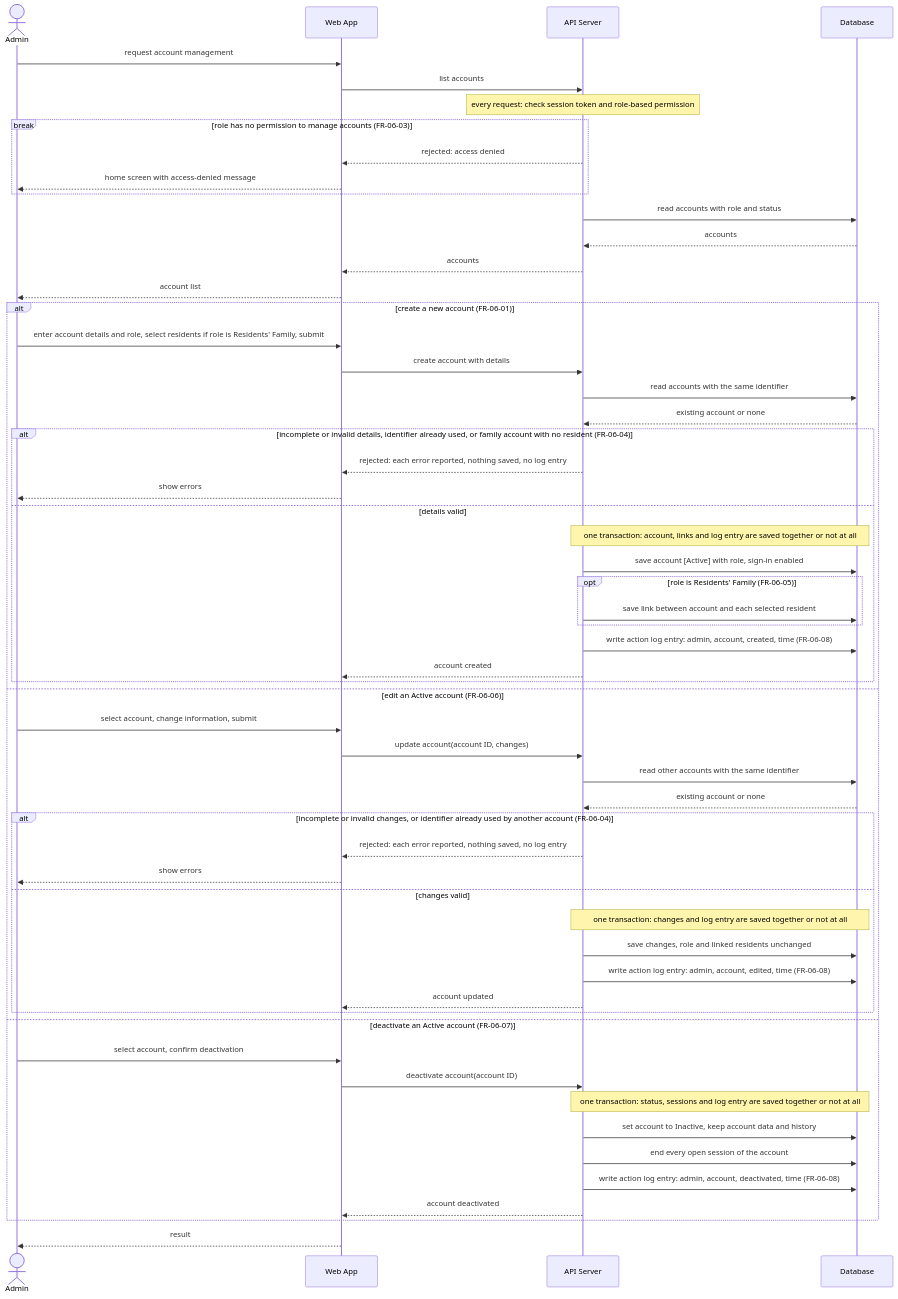
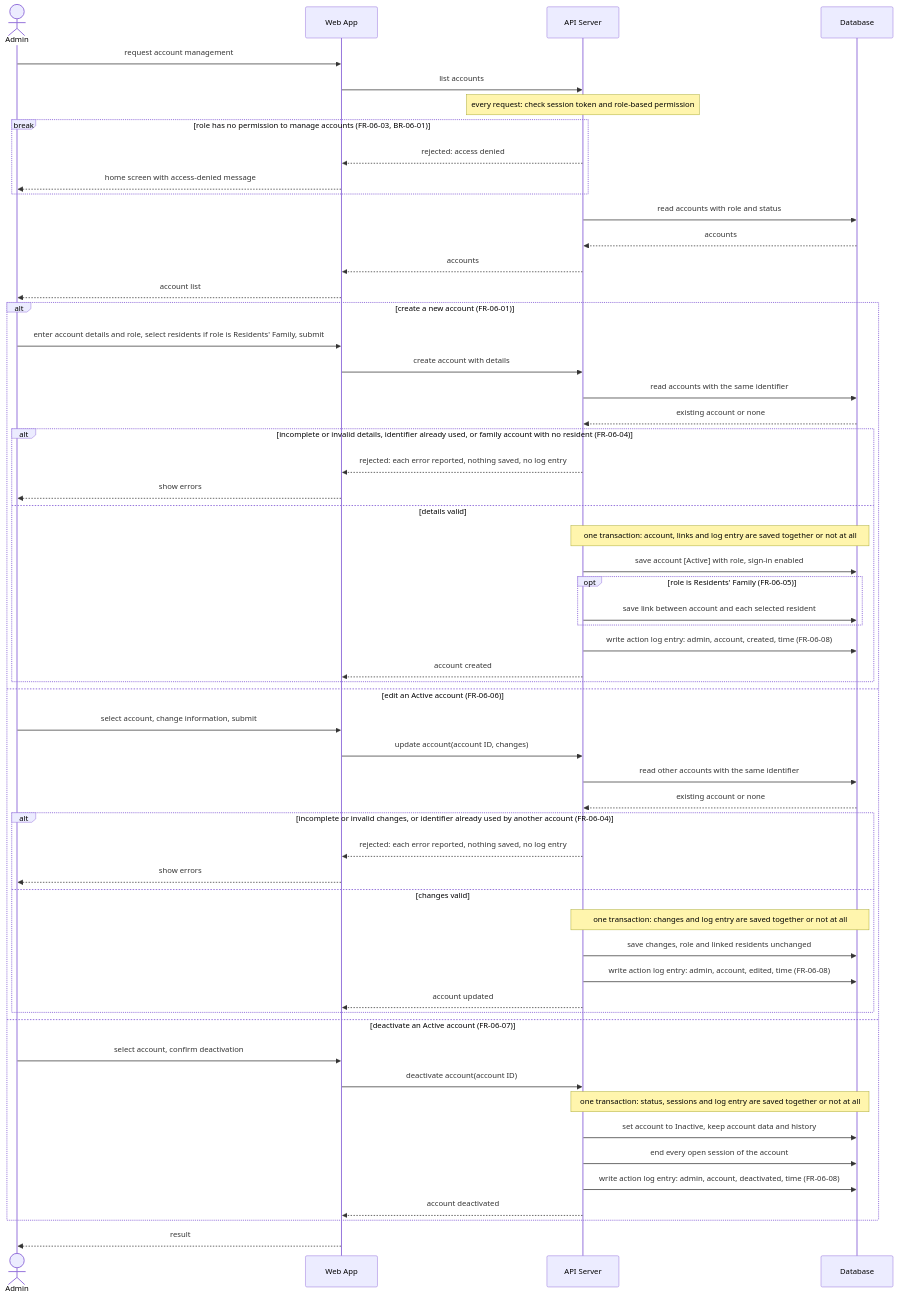
The diagram in docs/use-case/SD-UC-11.md (hatrang191/Dbiz2-GroupE-DienHongSystem), drawn with Mermaid before and after one commit.

````diff
--- a/docs/use-case/SD-UC-11.md
+++ b/docs/use-case/SD-UC-11.md
@@ -12,59 +12,59 @@
 ```mermaid
 sequenceDiagram
   actor A as Admin
   participant W as Web App
   participant S as API Server
   participant D as Database
   A->>W: request account management
   W->>S: list accounts
   Note over S: every request: check session token and role-based permission
-  break role has no permission to manage accounts (FR-06-03)
+  break role has no permission to manage accounts (FR-06-03, BR-06-01)
     S-->>W: rejected: access denied
     W-->>A: home screen with access-denied message
   end
   S->>D: read accounts with role and status
   D-->>S: accounts
   S-->>W: accounts
   W-->>A: account list
   alt create a new account (FR-06-01)
     A->>W: enter account details and role, select residents if role is Residents' Family, submit
     W->>S: create account with details
     S->>D: read accounts with the same identifier
     D-->>S: existing account or none
     alt incomplete or invalid details, identifier already used, or family account with no resident (FR-06-04)
       S-->>W: rejected: each error reported, nothing saved, no log entry
       W-->>A: show errors
     else details valid
       Note over S,D: one transaction: account, links and log entry are saved together or not at all
       S->>D: save account [Active] with role, sign-in enabled
       opt role is Residents' Family (FR-06-05)
         S->>D: save link between account and each selected resident
       end
       S->>D: write action log entry: admin, account, created, time (FR-06-08)
       S-->>W: account created
     end
   else edit an Active account (FR-06-06)
     A->>W: select account, change information, submit
     W->>S: update account(account ID, changes)
     S->>D: read other accounts with the same identifier
     D-->>S: existing account or none
     alt incomplete or invalid changes, or identifier already used by another account (FR-06-04)
       S-->>W: rejected: each error reported, nothing saved, no log entry
       W-->>A: show errors
     else changes valid
       Note over S,D: one transaction: changes and log entry are saved together or not at all
       S->>D: save changes, role and linked residents unchanged
       S->>D: write action log entry: admin, account, edited, time (FR-06-08)
       S-->>W: account updated
     end
   else deactivate an Active account (FR-06-07)
     A->>W: select account, confirm deactivation
     W->>S: deactivate account(account ID)
     Note over S,D: one transaction: status, sessions and log entry are saved together or not at all
     S->>D: set account to Inactive, keep account data and history
     S->>D: end every open session of the account
     S->>D: write action log entry: admin, account, deactivated, time (FR-06-08)
     S-->>W: account deactivated
   end
   W-->>A: result
 ```
````
